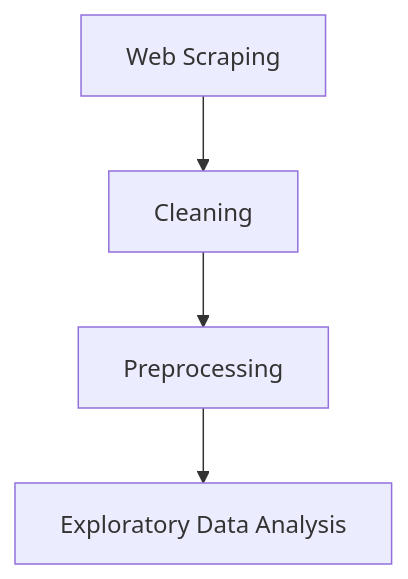
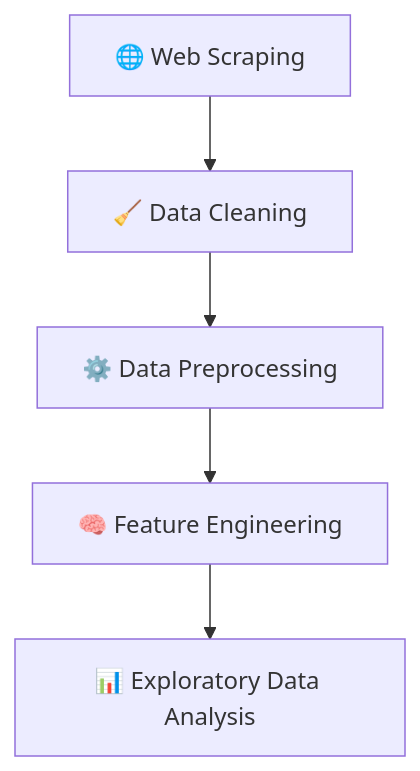
Before and after one commit to AmirAliAttiaAli/Estate-Miner: the diagram in README.md, drawn with Mermaid. The commit also changed other lines of this file, not shown here.

````diff
--- a/README.md
+++ b/README.md
@@ -79,6 +87,7 @@
 ```mermaid
 graph TD
-    A[Web Scraping] --> B[Cleaning]
-    B --> C[Preprocessing]
-    C --> D[Exploratory Data Analysis]
+A[🌐 Web Scraping] --> B[🧹 Data Cleaning]
+B --> C[⚙️ Data Preprocessing]
+C --> D[🧠 Feature Engineering]
+D --> E[📊 Exploratory Data Analysis]
 ```
````
